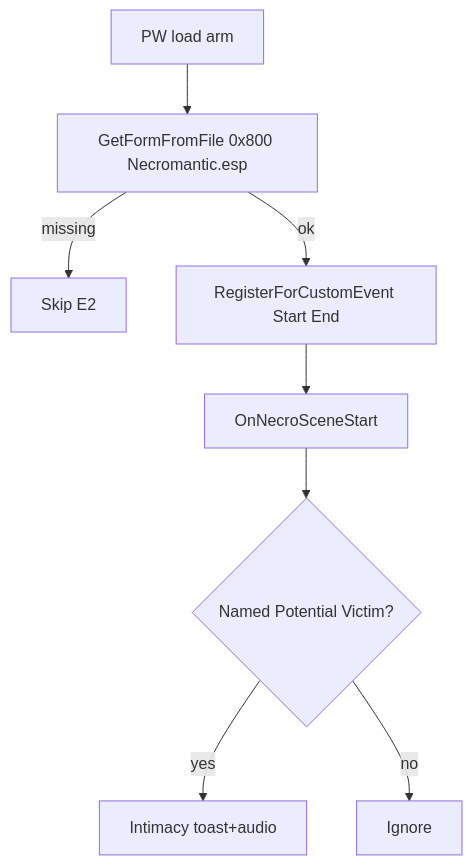
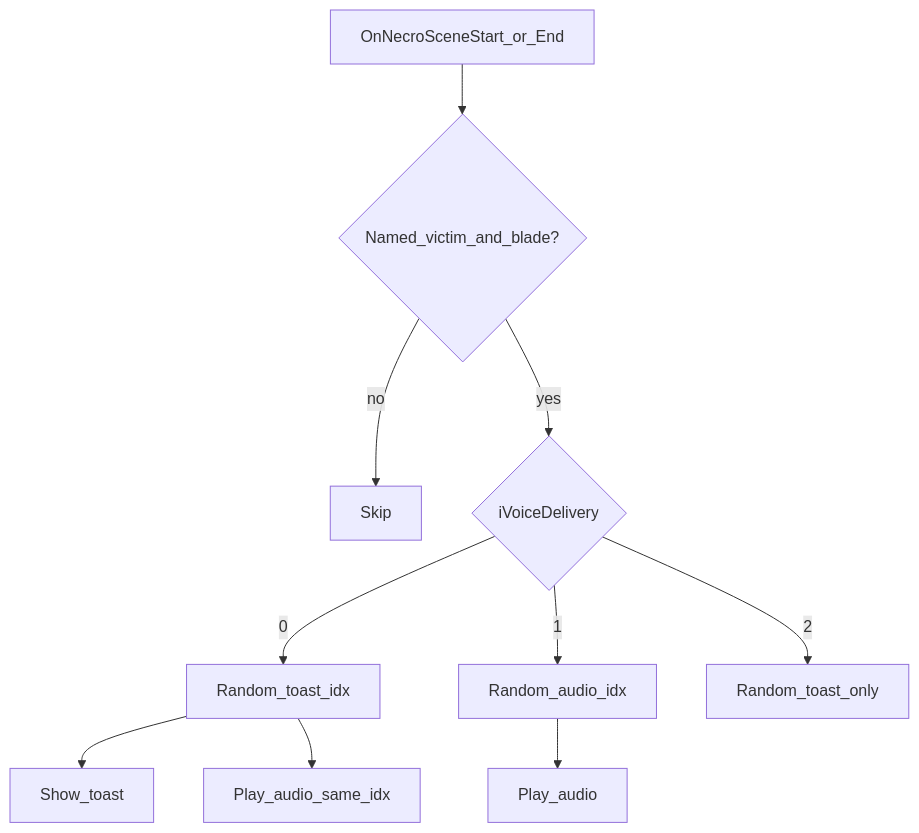
One commit to dorknightofthesole/pickmans-whisper changed the diagram in docs/SLICE_E_NAMED_NECRO.md. Above: the diagram before and after it, drawn with Mermaid. The commit also changed other lines of this file and 76 other files, not shown here.

````diff
--- a/docs/SLICE_E_NAMED_NECRO.md
+++ b/docs/SLICE_E_NAMED_NECRO.md
@@ -55,11 +53,13 @@
 ```mermaid
 flowchart TD
-  load[PW load arm]
-  load --> gff["GetFormFromFile 0x800 Necromantic.esp"]
-  gff -->|missing| skipReg[Skip E2]
-  gff -->|ok| reg[RegisterForCustomEvent Start End]
-  reg --> startEvt[OnNecroSceneStart]
-  startEvt --> named{Named Potential Victim?}
-  named -->|yes| speak[Intimacy toast+audio]
-  named -->|no| ignore[Ignore]
+  evt[OnNecroSceneStart_or_End]
+  evt --> named{Named_victim_and_blade?}
+  named -->|no| skip[Skip]
+  named -->|yes| mode{iVoiceDelivery}
+  mode -->|0| rollToast[Random_toast_idx]
+  rollToast --> toastOut[Show_toast]
+  rollToast --> audioSame[Play_audio_same_idx]
+  mode -->|1| rollAudio[Random_audio_idx]
+  rollAudio --> audioOnly[Play_audio]
+  mode -->|2| toastOnly[Random_toast_only]
 ```
````
